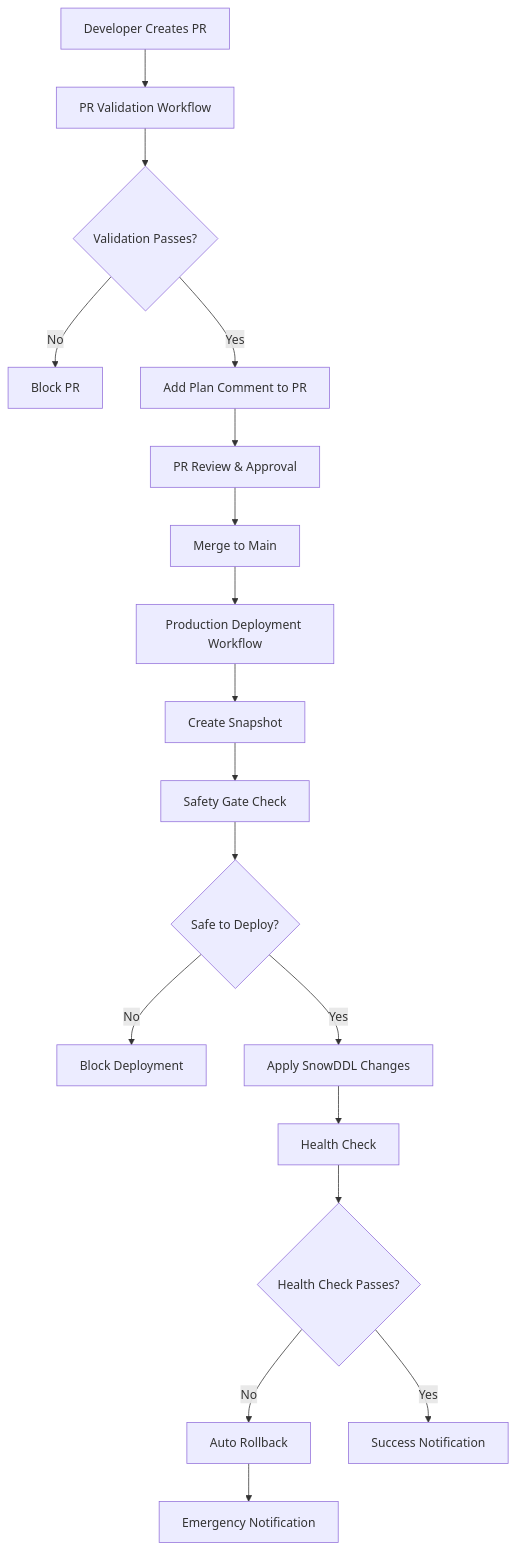
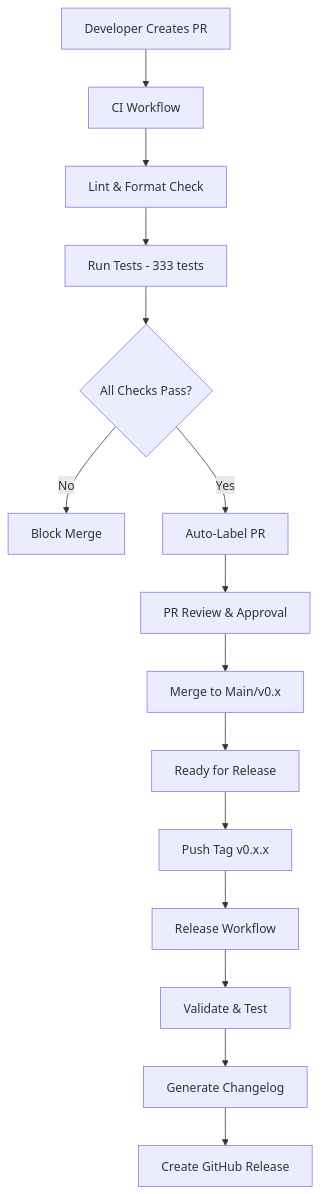
One commit to Database-Tycoon/SnowTower changed the first of 3 diagrams in README.md. Above: the diagram before and after it, drawn with Mermaid. The commit also changed other lines of this file and 80 other files, not shown here.

````diff
--- a/README.md
+++ b/README.md
@@ -327,20 +326,17 @@
 ```mermaid
 graph TD
-    A[Developer Creates PR] --> B[PR Validation Workflow]
-    B --> C{Validation Passes?}
-    C -->|No| D[Block PR]
-    C -->|Yes| E[Add Plan Comment to PR]
-    E --> F[PR Review & Approval]
-    F --> G[Merge to Main]
-    G --> H[Production Deployment Workflow]
-    H --> I[Create Snapshot]
-    I --> J[Safety Gate Check]
-    J --> K{Safe to Deploy?}
-    K -->|No| L[Block Deployment]
-    K -->|Yes| M[Apply SnowDDL Changes]
-    M --> N[Health Check]
-    N --> O{Health Check Passes?}
-    O -->|No| P[Auto Rollback]
-    O -->|Yes| Q[Success Notification]
-    P --> R[Emergency Notification]
+    A[Developer Creates PR] --> B[CI Workflow]
+    B --> C[Lint & Format Check]
+    C --> D[Run Tests - 333 tests]
+    D --> E{All Checks Pass?}
+    E -->|No| F[Block Merge]
+    E -->|Yes| G[Auto-Label PR]
+    G --> H[PR Review & Approval]
+    H --> I[Merge to Main/v0.x]
+    I --> J[Ready for Release]
+    J --> K[Push Tag v0.x.x]
+    K --> L[Release Workflow]
+    L --> M[Validate & Test]
+    M --> N[Generate Changelog]
+    N --> O[Create GitHub Release]
 ```
````
